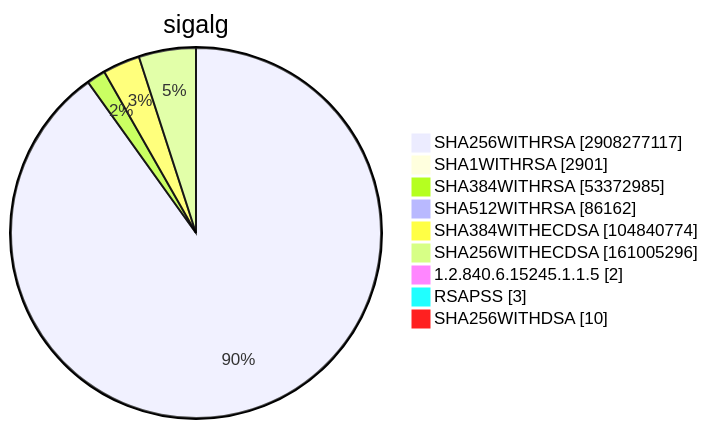
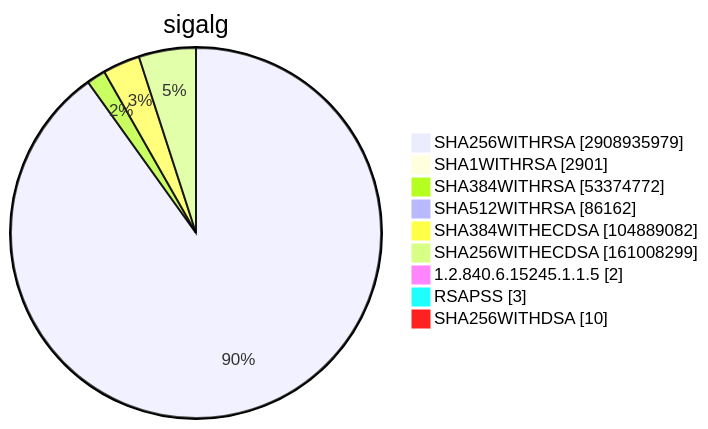
One commit to christiankrug/ctmonitor_visualization changed diagram 15 of 15 in TOTAL/README.md. Above: the diagram before and after it, drawn with Mermaid. The commit also changed other lines of this file, not shown here.

````diff
--- a/TOTAL/README.md
+++ b/TOTAL/README.md
@@ -6207,13 +6207,13 @@
 ```mermaid
 pie showData
 title sigalg
-"SHA256WITHRSA" :2908277117
+"SHA256WITHRSA" :2908935979
 "SHA1WITHRSA" :2901
-"SHA384WITHRSA" :53372985
+"SHA384WITHRSA" :53374772
 "SHA512WITHRSA" :86162
-"SHA384WITHECDSA" :104840774
-"SHA256WITHECDSA" :161005296
+"SHA384WITHECDSA" :104889082
+"SHA256WITHECDSA" :161008299
 "1.2.840.6.15245.1.1.5" :2
 "RSAPSS" :3
 "SHA256WITHDSA" :10
 ```
````
